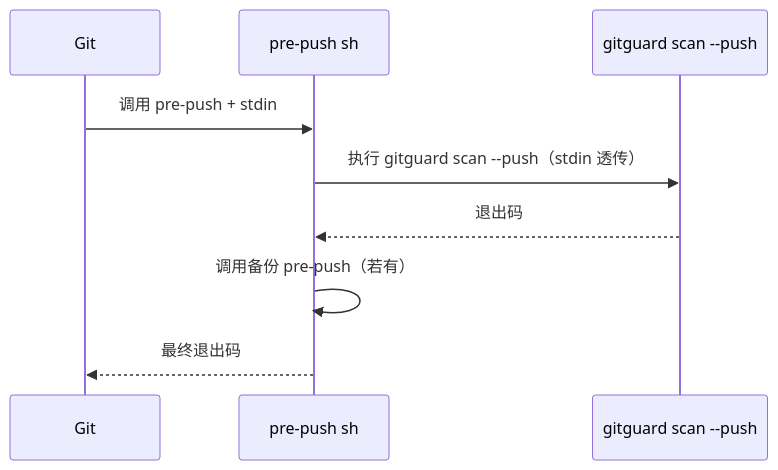
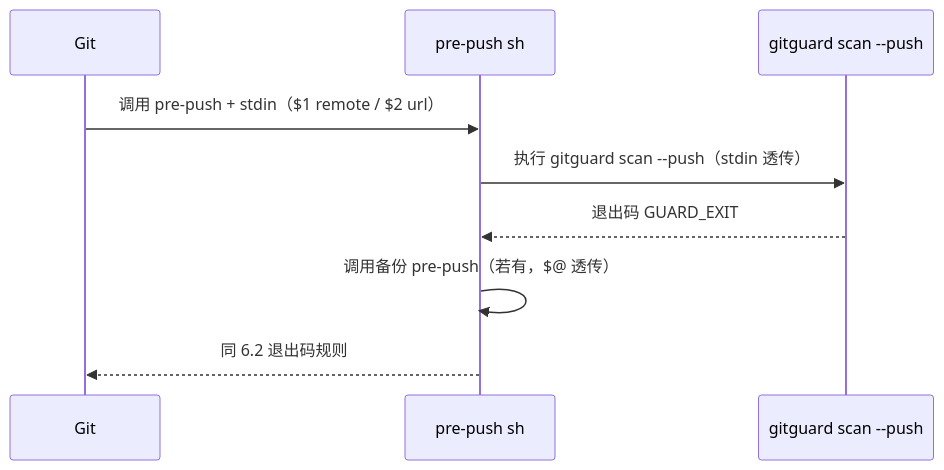
The third of 3 diagrams in docs/模块设计/Hook.md (Camefor/GitGuard), drawn with Mermaid before and after one commit. The commit also changed other lines of this file and 40 other files, not shown here.

````diff
--- a/docs/模块设计/Hook.md
+++ b/docs/模块设计/Hook.md
@@ -106,11 +123,11 @@
 ```mermaid
 sequenceDiagram
     participant Git
     participant Hook as pre-push sh
     participant CLI as gitguard scan --push
-    Git->>Hook: 调用 pre-push + stdin
+    Git->>Hook: 调用 pre-push + stdin（$1 remote / $2 url）
     Hook->>CLI: 执行 gitguard scan --push（stdin 透传）
-    CLI-->>Hook: 退出码
-    Hook->>Hook: 调用备份 pre-push（若有）
-    Hook-->>Git: 最终退出码
+    CLI-->>Hook: 退出码 GUARD_EXIT
+    Hook->>Hook: 调用备份 pre-push（若有，$@ 透传）
+    Hook-->>Git: 同 6.2 退出码规则
 ```
````
